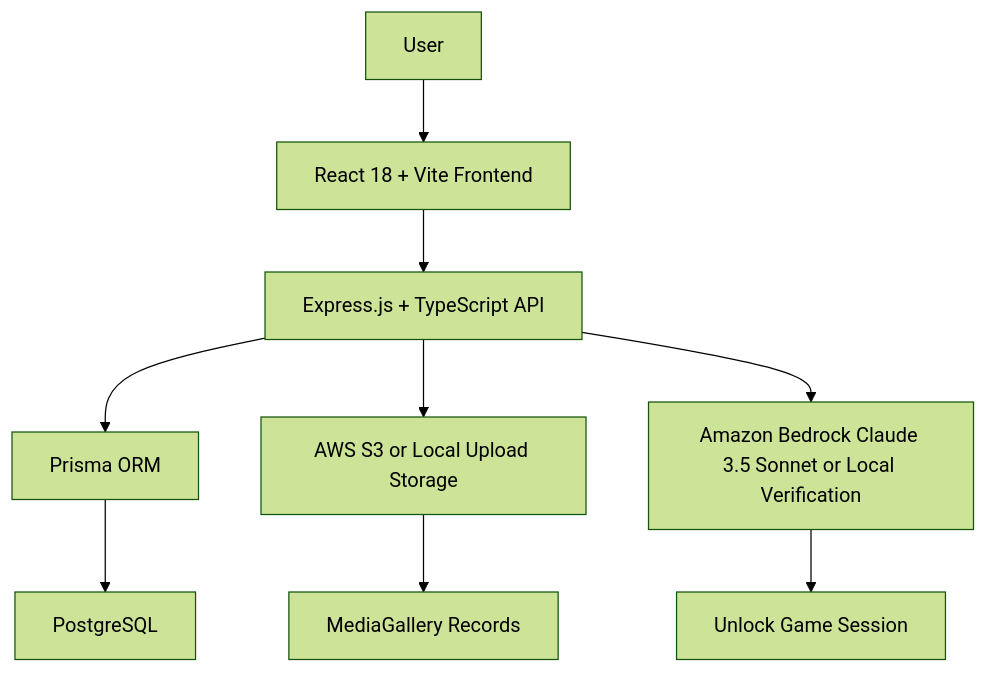
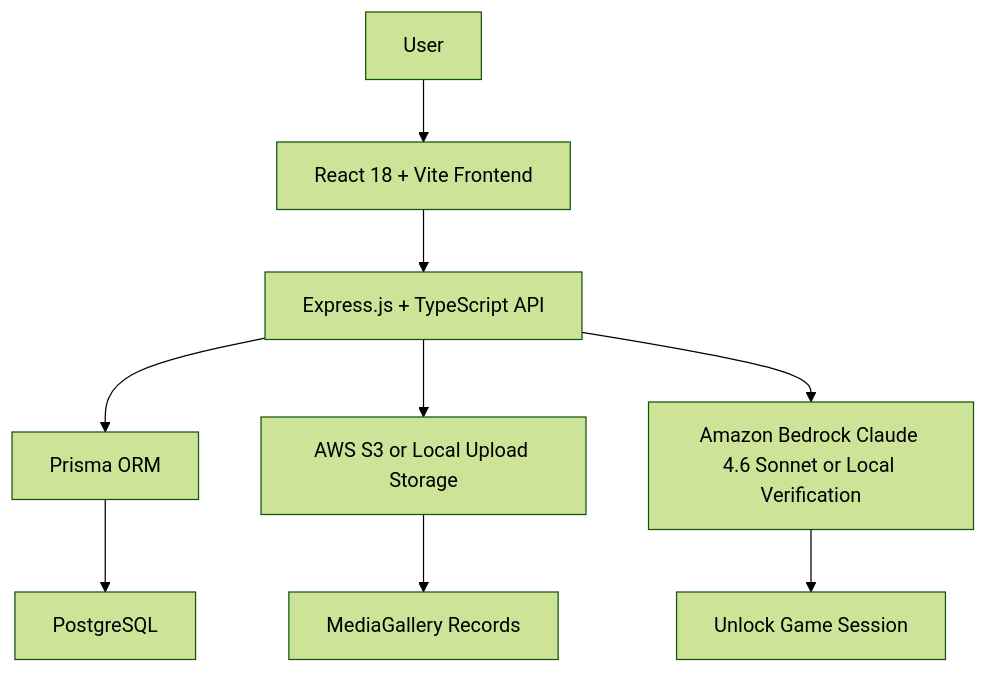
One commit to shree2402/ProArcade changed the first of 6 diagrams in docs/ARCHITECTURE.md. Above: the diagram before and after it, drawn with Mermaid (forest theme).

Commit message:
Upgrade AI component version in architecture

````diff
--- a/docs/ARCHITECTURE.md
+++ b/docs/ARCHITECTURE.md
@@ -7,11 +7,11 @@
 ```mermaid
 flowchart TD
   User["User"] --> Frontend["React 18 + Vite Frontend"]
   Frontend --> Backend["Express.js + TypeScript API"]
   Backend --> Prisma["Prisma ORM"]
   Prisma --> Postgres["PostgreSQL"]
   Backend --> Storage["AWS S3 or Local Upload Storage"]
-  Backend --> AI["Amazon Bedrock Claude 3.5 Sonnet or Local Verification"]
+  Backend --> AI["Amazon Bedrock Claude 4.6 Sonnet or Local Verification"]
   Storage --> Gallery["MediaGallery Records"]
   AI --> Unlock["Unlock Game Session"]
 ```
````
